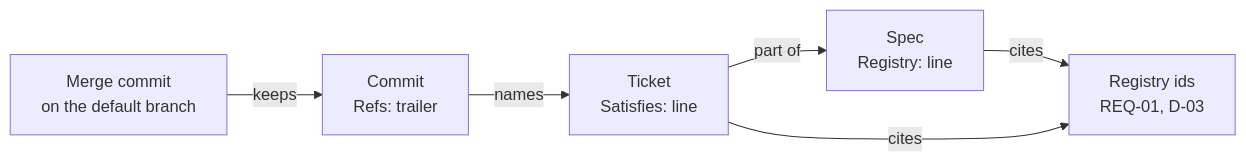
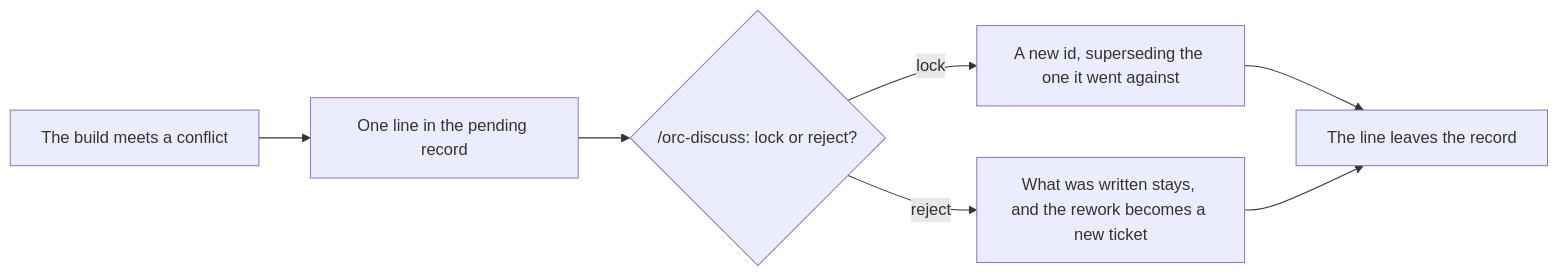
Before and after one commit to Siddharth-Khattar/orchestra: the second of 3 diagrams in docs/concepts.md, drawn with Mermaid. The commit also changed other lines of this file and 40 other files, not shown here.

````diff
--- a/docs/concepts.md
+++ b/docs/concepts.md
@@ -113,13 +167,9 @@
 ```mermaid
 flowchart LR
-    ids["Registry ids<br>REQ-01, D-03"]
-    spec["Spec<br>Registry: line"]
-    ticket["Ticket<br>Satisfies: line"]
-    commit["Commit<br>Refs: trailer"]
-    merge["Merge commit<br>on the default branch"]
-    spec -- "cites" --> ids
-    ticket -- "cites" --> ids
-    ticket -- "part of" --> spec
-    commit -- "names" --> ticket
-    merge -- "keeps" --> commit
+    conflict["The build meets a conflict"] --> line["One line in the pending record"]
+    line --> ask{"/orc-discuss: lock or reject?"}
+    ask -- "lock" --> id["A new id, superseding the one it went against"]
+    ask -- "reject" --> ticket["What was written stays, and the rework becomes a new ticket"]
+    id --> gone["The line leaves the record"]
+    ticket --> gone
 ```
````
